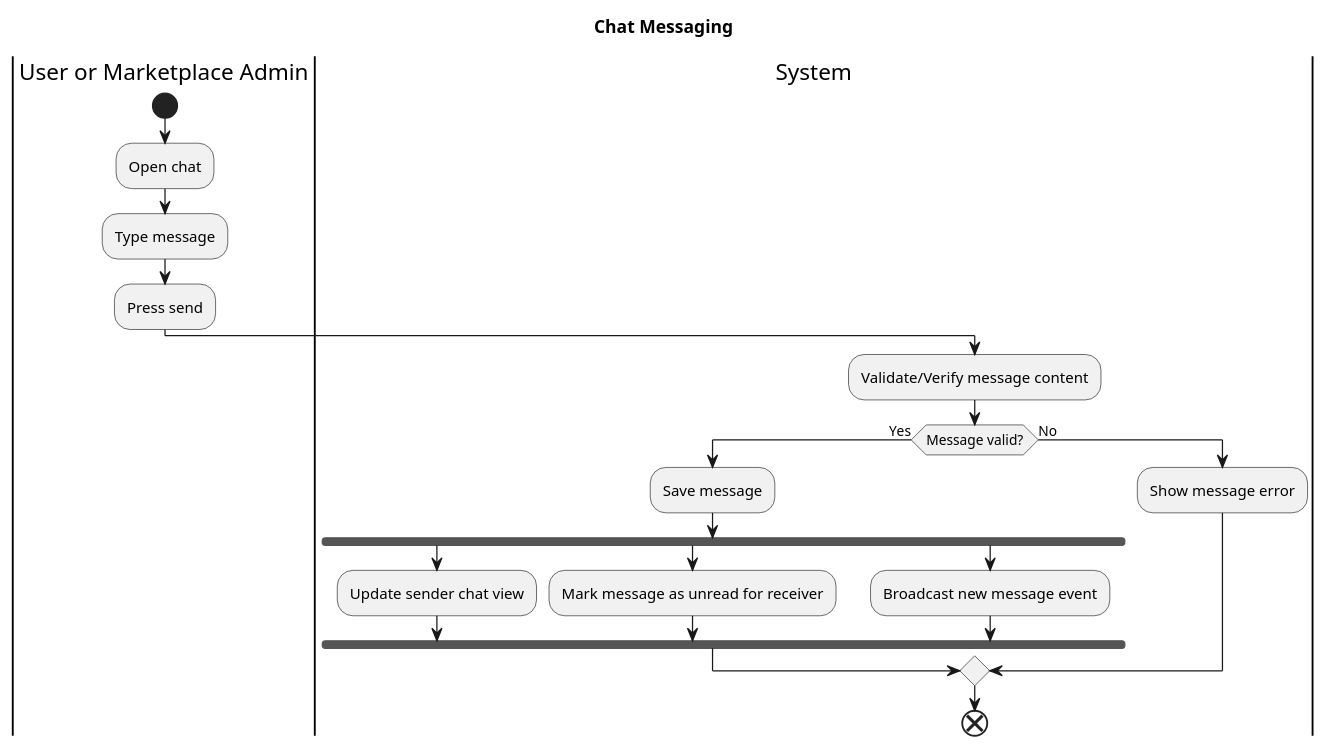
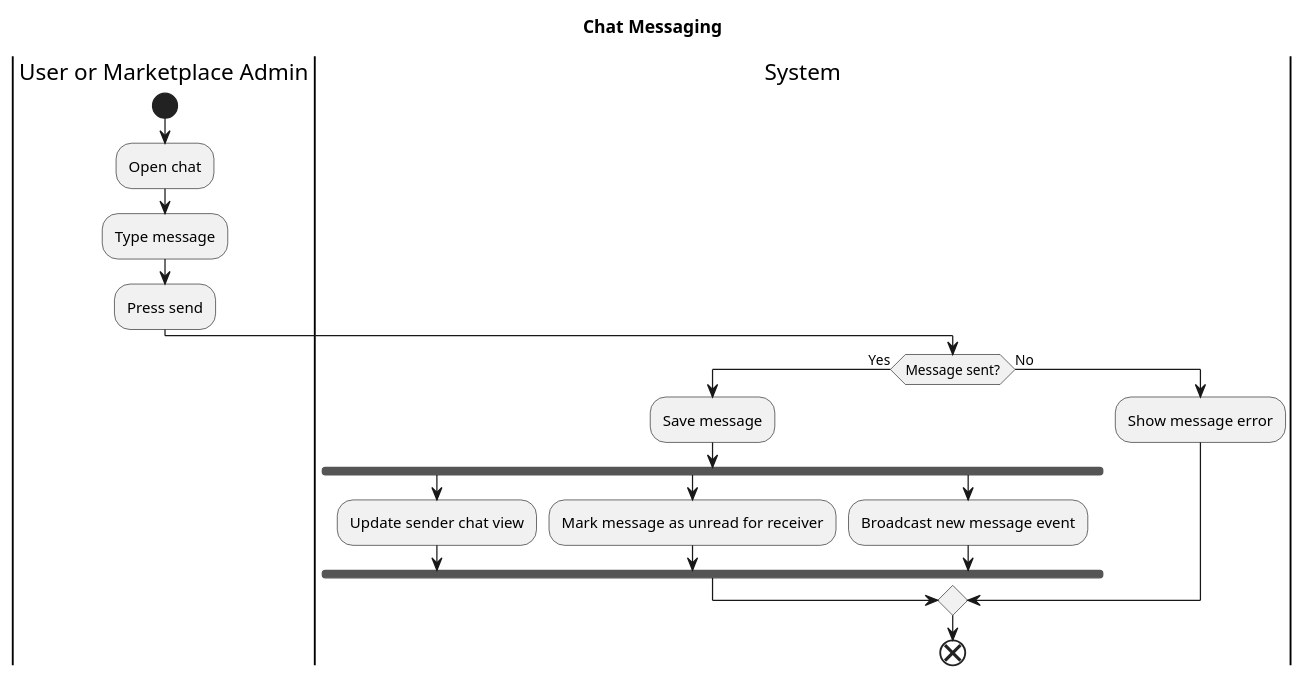
One commit to JanPerez35/PlantUML changed the diagram in activityDiagrams/Chat messaging .puml. Above: the diagram before and after it, drawn with PlantUML. The commit also changed 2 other files, not shown here.

Commit message:
Updated activity diagrams texts.

```diff
--- a/activityDiagrams/Chat messaging .puml
+++ b/activityDiagrams/Chat messaging .puml
@@ -1,29 +1,28 @@
 @startuml
 title Chat Messaging
 
 |User or Marketplace Admin|
 start
 :Open chat;
 :Type message;
 :Press send;
 
 |System|
 
-  :Validate/Verify message content;
-  if (Message valid?) then (Yes)
+  if (Message sent?) then (Yes)
     :Save message;
 
     fork
       :Update sender chat view;
     fork again
       :Mark message as unread for receiver;
     fork again
       :Broadcast new message event;
     end fork
 
   else (No)
     :Show message error;
   endif
 end
 
 @enduml
```
